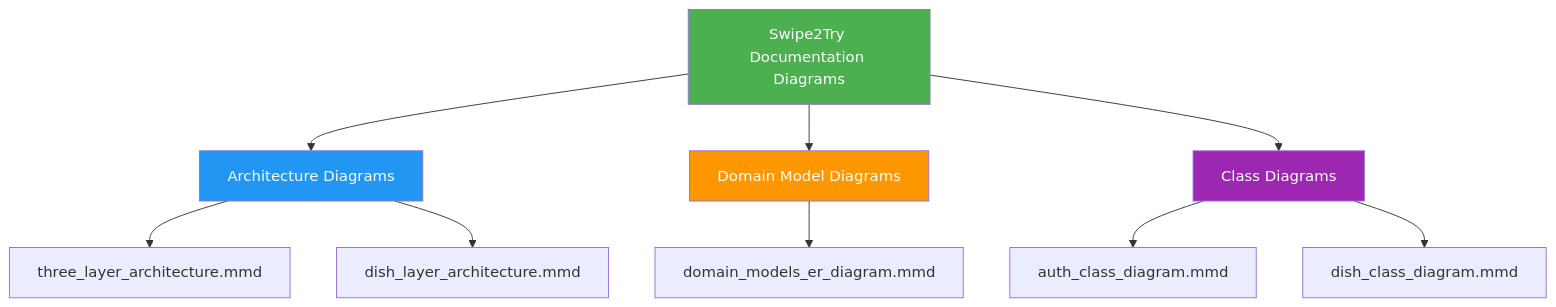
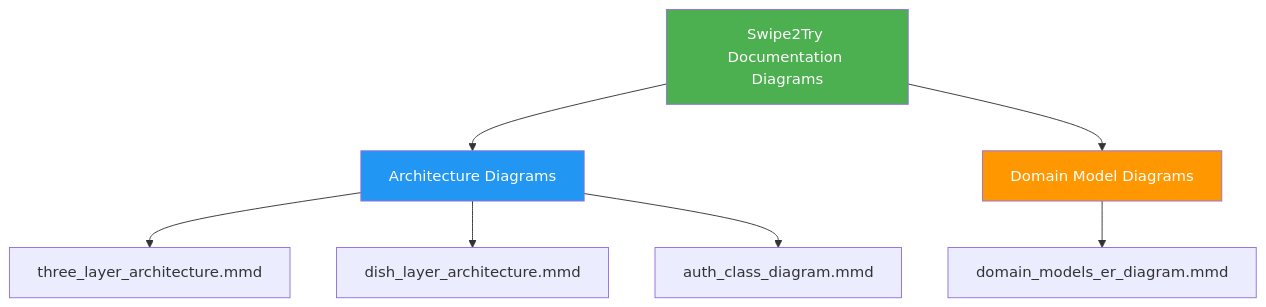
One commit to nick558234/Swipe2Try changed the diagram in docs/diagrams/diagrams_map.mmd. Above: the diagram before and after it, drawn with Mermaid.

Commit message:
Refactor diagrams_map: remove class diagrams and update flowchart structure

```diff
--- a/docs/diagrams/diagrams_map.mmd
+++ b/docs/diagrams/diagrams_map.mmd
@@ -1,19 +1,13 @@
 flowchart TD
     A[Swipe2Try Documentation Diagrams] --> B[Architecture Diagrams]
     A --> C[Domain Model Diagrams]
-    A --> D[Class Diagrams]
+
     
     B --> F[three_layer_architecture.mmd]
     B --> G[dish_layer_architecture.mmd]
-    
-    C --> H[domain_models_er_diagram.mmd]
-    
-    D --> I[auth_class_diagram.mmd]
-    D --> J[dish_class_diagram.mmd]
-    
-
+    B --> H[auth_class_diagram.mmd]
+    C --> I[domain_models_er_diagram.mmd]
     
     style A fill:#4CAF50,color:#fff
     style B fill:#2196F3,color:#fff
     style C fill:#FF9800,color:#fff
-    style D fill:#9C27B0,color:#fff
```
